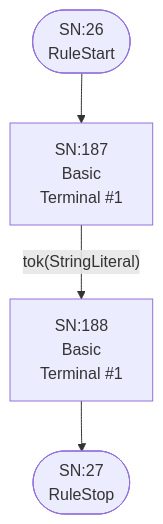
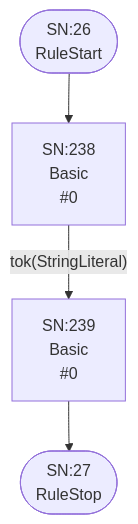
One commit to TypeFox/fastbelt changed diagram 14 of 25 in internal/grammar/atn.md. Above: the diagram before and after it, drawn with Mermaid. The commit also changed other lines of this file and 10 other files, not shown here.

````diff
--- a/internal/grammar/atn.md
+++ b/internal/grammar/atn.md
@@ -434,11 +438,11 @@
 ```mermaid
 flowchart TD
     q26(["SN:26<br/>RuleStart"])
     q27(["SN:27<br/>RuleStop"])
-    q187["SN:187<br/>Basic<br/>Terminal #1"]
-    q188["SN:188<br/>Basic<br/>Terminal #1"]
+    q238["SN:238<br/>Basic<br/> #0"]
+    q239["SN:239<br/>Basic<br/> #0"]
 
-    q26 --> q187
-    q187 -->|"tok(StringLiteral)"| q188
-    q188 --> q27
+    q26 --> q238
+    q238 -->|"tok(StringLiteral)"| q239
+    q239 --> q27
 ```
````
